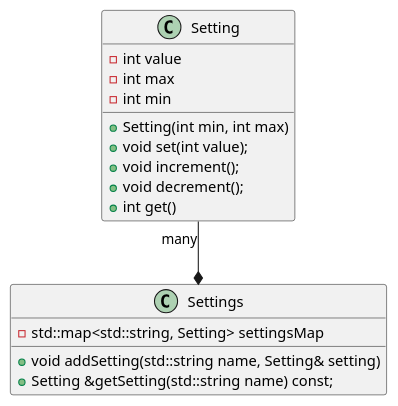
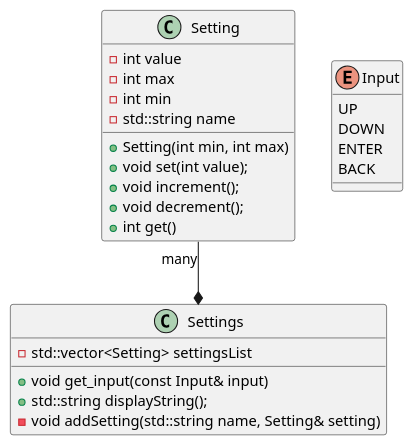
Before and after one commit to davidhudsont/Temperature_Logger_IDF: the diagram in docs/settings.plantuml, drawn with PlantUML.

Commit message:
Give settings more control

```diff
--- a/docs/settings.plantuml
+++ b/docs/settings.plantuml
@@ -1,24 +1,33 @@
 @startuml settings
 
 class Setting {
     +Setting(int min, int max)
     +void set(int value);
     +void increment();
     +void decrement();
     +int get()
     -int value
     -int max
     -int min
+    -std::string name
+}
+
+enum Input {
+    UP
+    DOWN
+    ENTER
+    BACK
 }
 
 class Settings {
-    +void addSetting(std::string name, Setting& setting)
-    +Setting &getSetting(std::string name) const;
-    -std::map<std::string, Setting> settingsMap
+    +void get_input(const Input& input)
+    +std::string displayString();
+    -void addSetting(std::string name, Setting& setting)
+    -std::vector<Setting> settingsList
 }
 
 
 Setting "many" --* Settings
 
 
 @enduml
```
